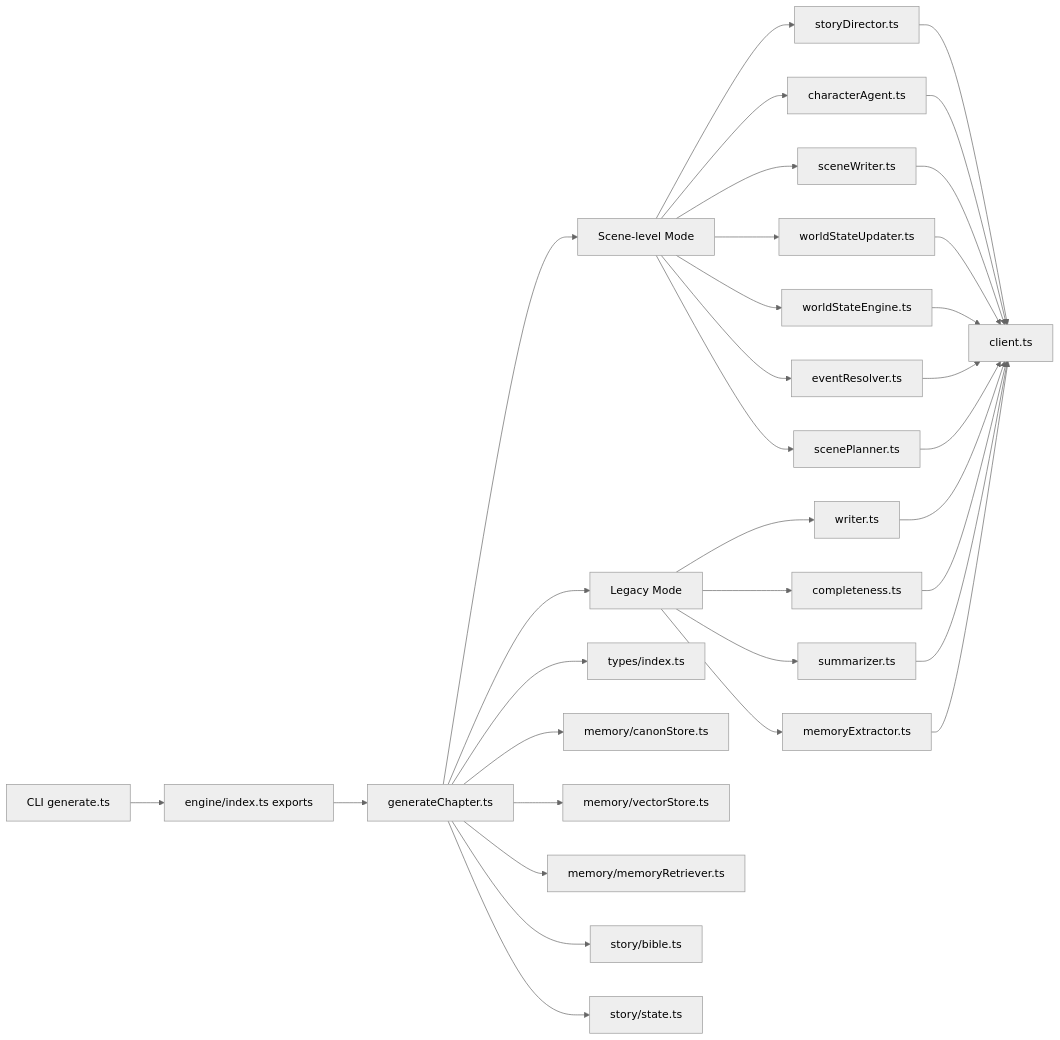
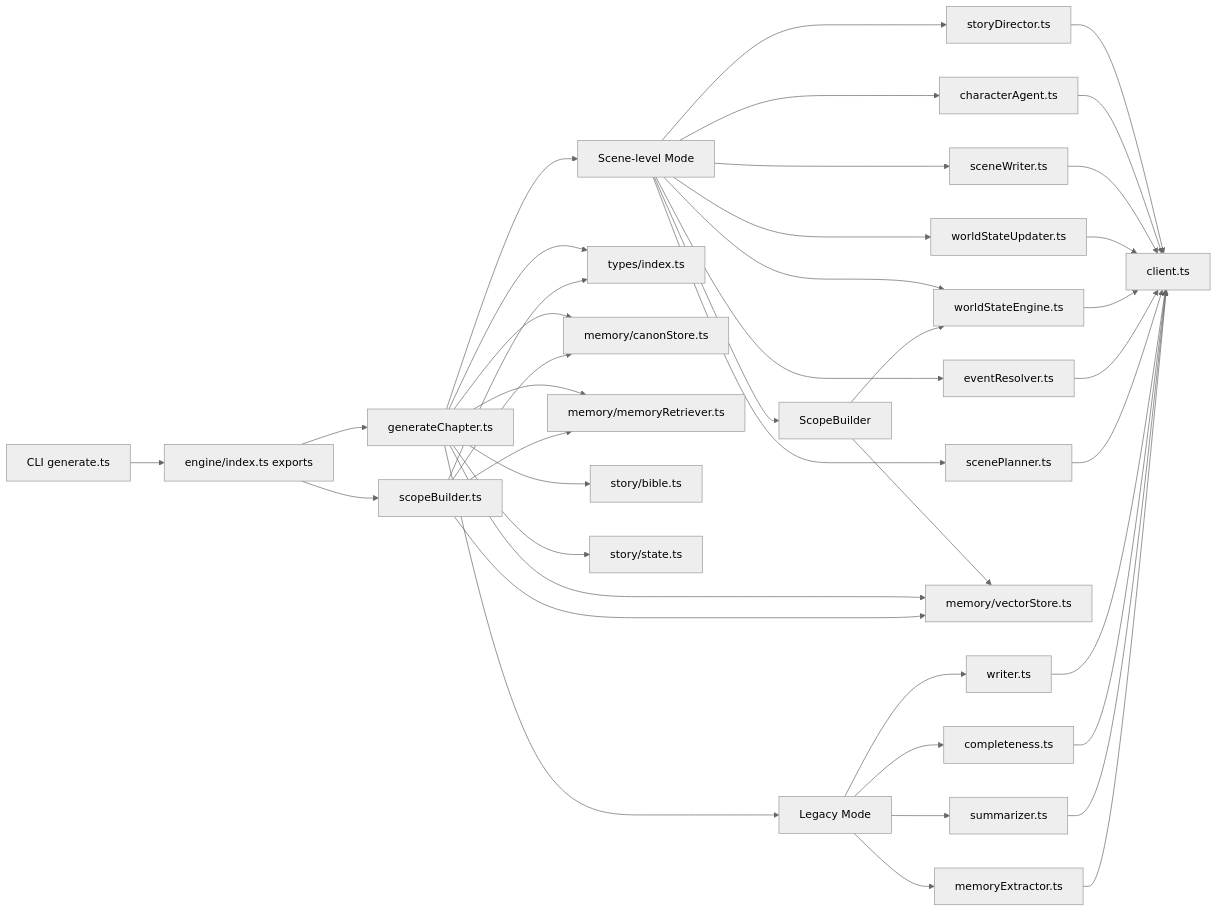
Before and after one commit to liwonder/NARRITIVE_OS: the fourth of 4 diagrams in .qoder/repowiki/en/content/Engine Architecture/Generation Pipeline.md, drawn with Mermaid (neutral theme). The commit also changed other lines of this file and 22 other files, not shown here.

````diff
--- a/.qoder/repowiki/en/content/Engine Architecture/Generation Pipeline.md
+++ b/.qoder/repowiki/en/content/Engine Architecture/Generation Pipeline.md
@@ -531,35 +614,43 @@
 ```mermaid
 graph LR
 CLI["CLI generate.ts"] --> API["engine/index.ts exports"]
 API --> Gen["generateChapter.ts"]
+API --> SB["scopeBuilder.ts"]
 Gen --> SceneMode["Scene-level Mode"]
 Gen --> LegacyMode["Legacy Mode"]
 SceneMode --> Director["storyDirector.ts"]
 SceneMode --> SP["scenePlanner.ts"]
 SceneMode --> Agents["characterAgent.ts"]
 SceneMode --> SW["sceneWriter.ts"]
 SceneMode --> WorldUpd["worldStateUpdater.ts"]
 SceneMode --> WSE["worldStateEngine.ts"]
 SceneMode --> EV["eventResolver.ts"]
+SceneMode --> Scope["ScopeBuilder"]
+Scope --> WSE
+Scope --> VS["memory/vectorStore.ts"]
 LegacyMode --> W["writer.ts"]
 LegacyMode --> CC["completeness.ts"]
 LegacyMode --> S["summarizer.ts"]
 LegacyMode --> ME["memoryExtractor.ts"]
 Director --> LLM["client.ts"]
 Agents --> LLM
 SW --> LLM
 WorldUpd --> LLM
 WSE --> LLM
 EV --> LLM
 SP --> LLM
 W --> LLM
 CC --> LLM
 S --> LLM
 ME --> LLM
 Gen --> Types["types/index.ts"]
 Gen --> Canon["memory/canonStore.ts"]
-Gen --> VS["memory/vectorStore.ts"]
+Gen --> VS
 Gen --> MR["memory/memoryRetriever.ts"]
 Gen --> Story["story/bible.ts"]
 Gen --> State["story/state.ts"]
+SB --> Types
+SB --> Canon
+SB --> VS
+SB --> MR
 ```
````
